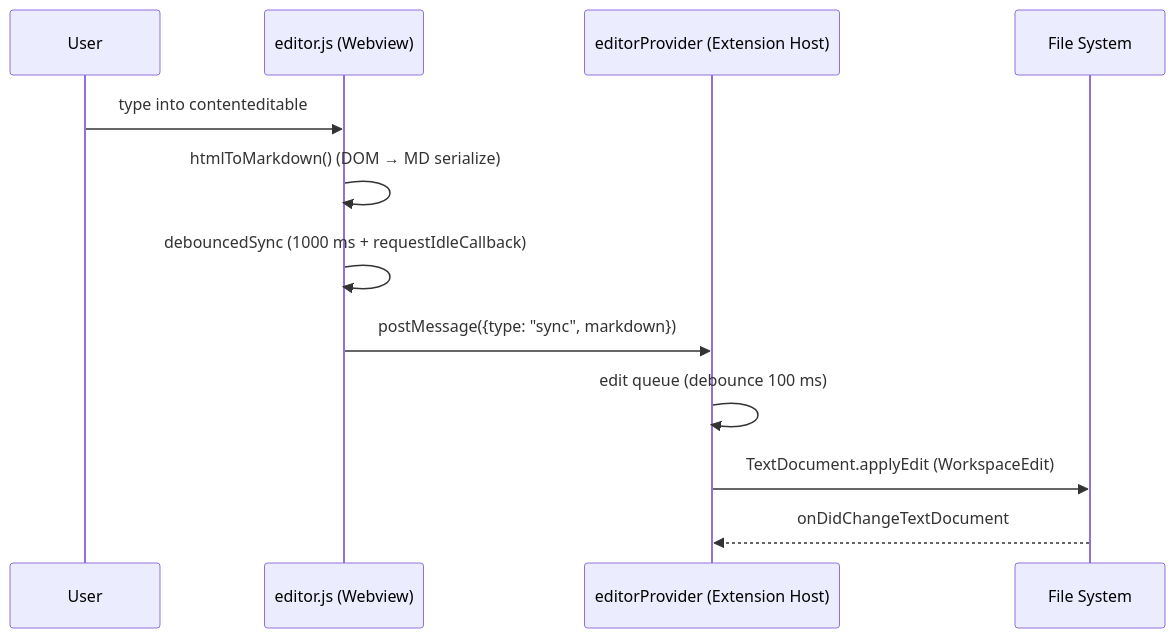
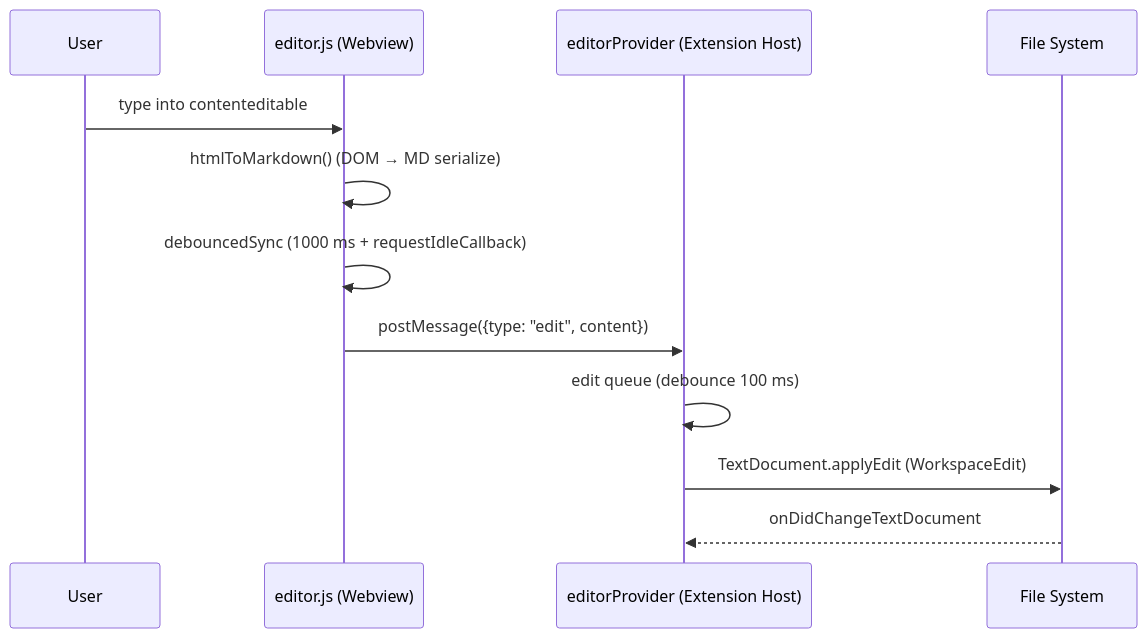
One commit to raggbal/fractal changed the first of 4 diagrams in docs/specs/flows.md. Above: the diagram before and after it, drawn with Mermaid. The commit also changed other lines of this file and 19 other files, not shown here.

````diff
--- a/docs/specs/flows.md
+++ b/docs/specs/flows.md
@@ -17,15 +17,15 @@
 ```mermaid
 sequenceDiagram
     participant U as User
     participant WV as editor.js (Webview)
     participant EH as editorProvider (Extension Host)
     participant FS as File System
 
     U->>WV: type into contenteditable
     WV->>WV: htmlToMarkdown() (DOM → MD serialize)
     WV->>WV: debouncedSync (1000 ms + requestIdleCallback)
-    WV->>EH: postMessage({type: "sync", markdown})
+    WV->>EH: postMessage({type: "edit", content})
     EH->>EH: edit queue (debounce 100 ms)
     EH->>FS: TextDocument.applyEdit (WorkspaceEdit)
     FS-->>EH: onDidChangeTextDocument
 ```
````
